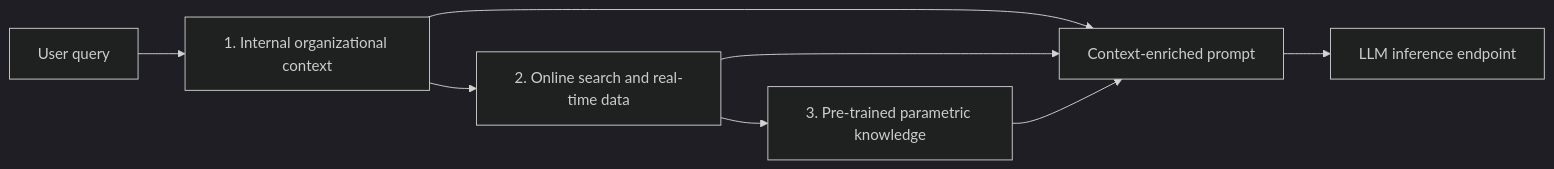
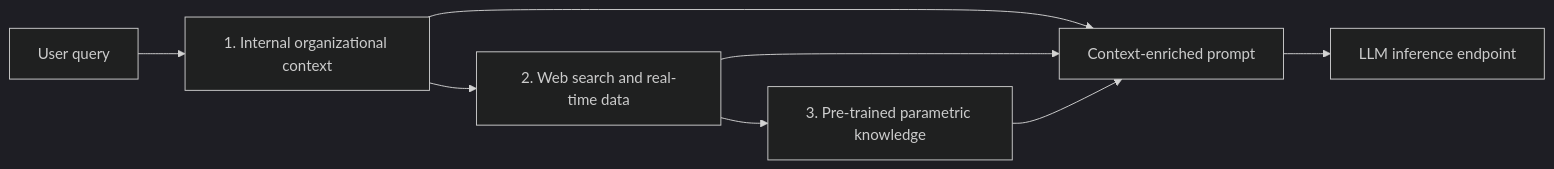
One commit to panxiaoyan225-sudo/RAG-System changed the diagram in README.MD. Above: the diagram before and after it, drawn with Mermaid (dark theme). The commit also changed other lines of this file, not shown here.

Commit message:
Critical Architectural Risk

````diff
--- a/README.MD
+++ b/README.MD
@@ -12,10 +12,10 @@
 ```mermaid
 flowchart LR
     Q[User query] --> R1[1. Internal organizational context]
-    R1 --> R2[2. Online search and real-time data]
+    R1 --> R2[2. Web search and real-time data]
     R2 --> R3[3. Pre-trained parametric knowledge]
     R1 --> P[Context-enriched prompt]
     R2 --> P
     R3 --> P
     P --> LLM[LLM inference endpoint]
 ```
````
